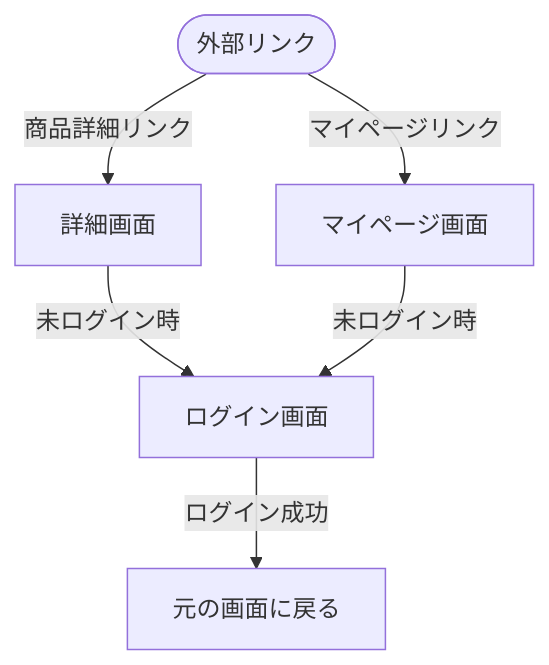
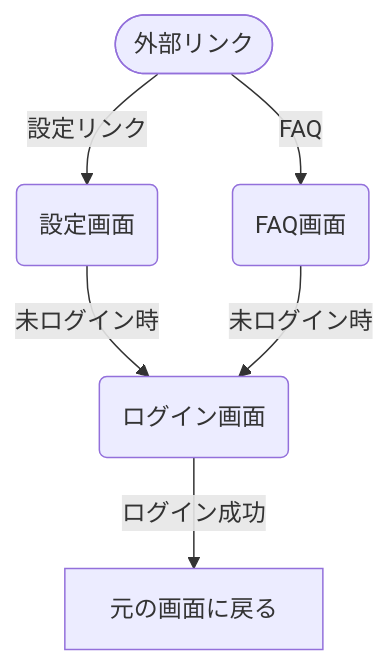
The fifth of 5 diagrams in docs/template/screen_flow/screen_flow.md (yumemi-inc/flutter-mobile-project-docs-template), drawn with Mermaid before and after one commit. The commit also changed other lines of this file and 4 other files, not shown here.

````diff
--- a/docs/template/screen_flow/screen_flow.md
+++ b/docs/template/screen_flow/screen_flow.md
@@ -229,10 +228,10 @@
 ```mermaid
-flowchart TD
-    External([外部リンク]) -- "商品詳細リンク" --> Detail[詳細画面]
-    External -- "マイページリンク" --> MyPage[マイページ画面]
+graph TD
+    External([外部リンク]) -- "設定リンク" --> SC003(設定画面)
+    External -- "FAQ" --> SC004(FAQ画面)
     
     %% 未ログイン時の処理
-    Detail -- "未ログイン時" --> Login[ログイン画面]
-    MyPage -- "未ログイン時" --> Login
-    Login -- "ログイン成功" --> Return[元の画面に戻る]
+    SC003 -- "未ログイン時" --> SC001(ログイン画面)
+    SC004 -- "未ログイン時" --> SC001
+    SC001 -- "ログイン成功" --> Return[元の画面に戻る]
 ```
````
